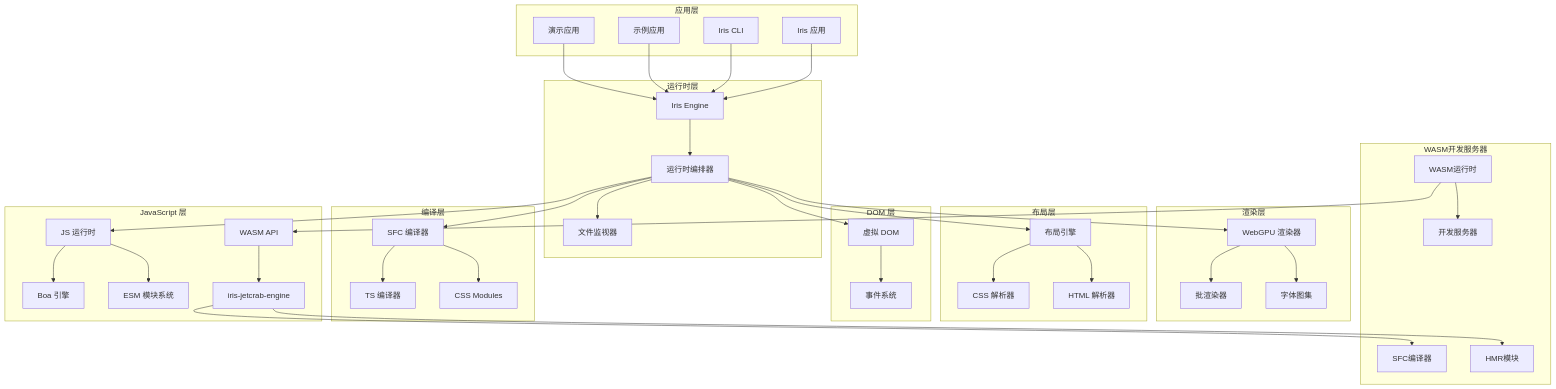
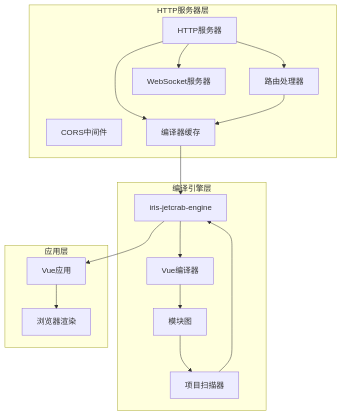
One commit to itszzl-sudo/iris changed the fifth of 12 diagrams in .qoder/repowiki/zh/content/核心功能特性/工程化与商业化能力/测试框架与基础设施/Iris Runtime CLI工具.md. Above: the diagram before and after it, drawn with Mermaid. The commit also changed other lines of this file and 23 other files, not shown here.

````diff
--- a/.qoder/repowiki/zh/content/核心功能特性/工程化与商业化能力/测试框架与基础设施/Iris Runtime CLI工具.md
+++ b/.qoder/repowiki/zh/content/核心功能特性/工程化与商业化能力/测试框架与基础设施/Iris Runtime CLI工具.md
@@ -258,71 +192,31 @@
 ```mermaid
 graph TB
+subgraph "HTTP服务器层"
+HTTPServer[HTTP服务器]
+Router[路由处理器]
+WebSocket[WebSocket服务器]
+Cors[CORS中间件]
+CompilerCache[编译器缓存]
+end
+subgraph "编译引擎层"
+JetCrabEngine[iris-jetcrab-engine]
+VueCompiler[Vue编译器]
+ModuleGraph[模块图]
+ProjectScanner[项目扫描器]
+end
 subgraph "应用层"
-App[Iris 应用]
-CLI[Iris CLI]
-Examples[示例应用]
-Demo[演示应用]
+VueApp[Vue应用]
+Browser[浏览器渲染]
 end
-subgraph "运行时层"
-Engine[Iris Engine]
-Orchestrator[运行时编排器]
-FileWatcher[文件监视器]
-end
-subgraph "渲染层"
-GPU[WebGPU 渲染器]
-BatchRenderer[批渲染器]
-FontAtlas[字体图集]
-end
-subgraph "布局层"
-Layout[布局引擎]
-CSSParser[CSS 解析器]
-HTMLParser[HTML 解析器]
-end
-subgraph "DOM 层"
-VDOM[虚拟 DOM]
-EventSystem[事件系统]
-end
-subgraph "JavaScript 层"
-JSRuntime[JS 运行时]
-BoaEngine[Boa 引擎]
-ESM[ESM 模块系统]
-JetCrabEngine[iris-jetcrab-engine]
-WASMAPI[WASM API]
-end
-subgraph "编译层"
-SFCCompiler[SFC 编译器]
-TSCompiler[TS 编译器]
-CSSModules[CSS Modules]
-end
-subgraph "WASM开发服务器"
-WASMRuntime[WASM运行时]
-DevServer[开发服务器]
-Compiler[SFC编译器]
-HMR[HMR模块]
-end
-App --> Engine
-CLI --> Engine
-Examples --> Engine
-Demo --> Engine
-Engine --> Orchestrator
-Orchestrator --> GPU
-Orchestrator --> Layout
-Orchestrator --> VDOM
-Orchestrator --> JSRuntime
-Orchestrator --> SFCCompiler
-Orchestrator --> FileWatcher
-GPU --> BatchRenderer
-GPU --> FontAtlas
-Layout --> CSSParser
-Layout --> HTMLParser
-VDOM --> EventSystem
-JSRuntime --> BoaEngine
-JSRuntime --> ESM
-SFCCompiler --> TSCompiler
-SFCCompiler --> CSSModules
-WASMRuntime --> DevServer
-WASMRuntime --> WASMAPI
-WASMAPI --> JetCrabEngine
-JetCrabEngine --> Compiler
-JetCrabEngine --> HMR
+HTTPServer --> Router
+HTTPServer --> WebSocket
+HTTPServer --> CompilerCache
+Router --> CompilerCache
+CompilerCache --> JetCrabEngine
+JetCrabEngine --> VueCompiler
+VueCompiler --> ModuleGraph
+ModuleGraph --> ProjectScanner
+ProjectScanner --> JetCrabEngine
+JetCrabEngine --> VueApp
+VueApp --> Browser
 ```
````
